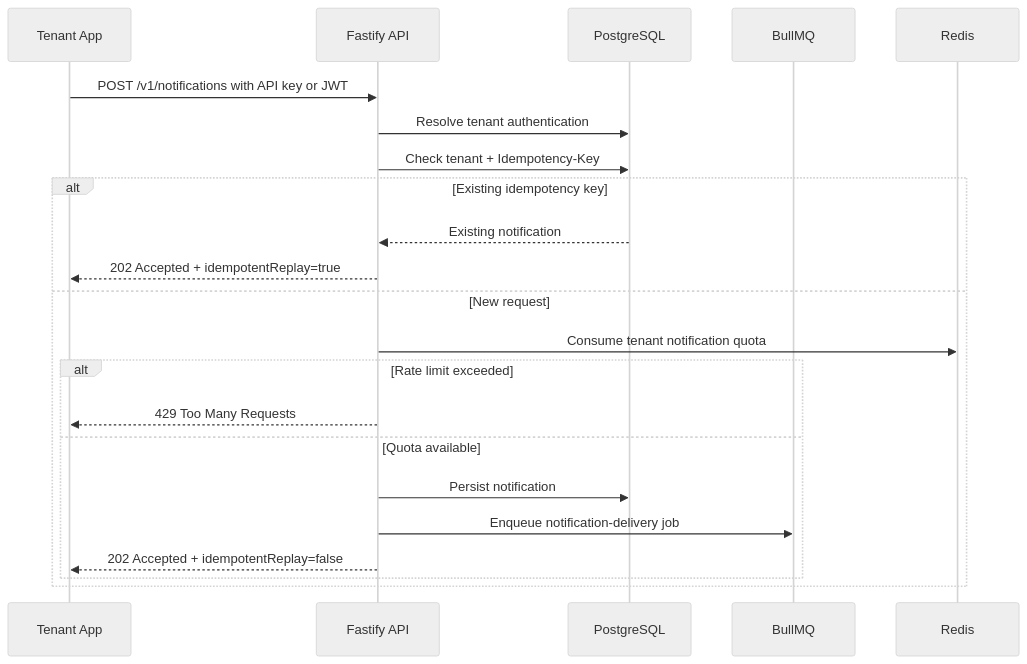
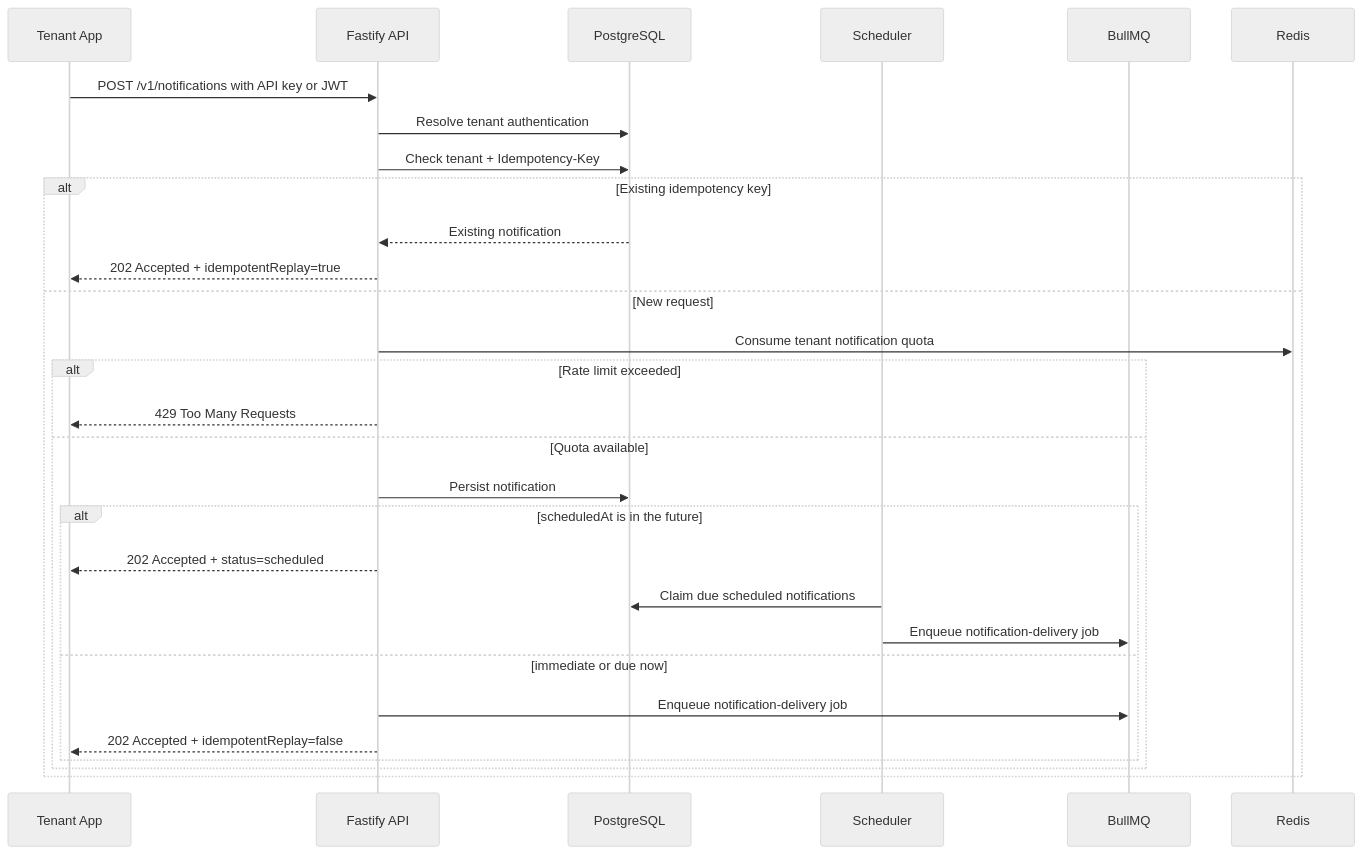
Before and after one commit to vishweswaran-p/notifyhub: the third of 5 diagrams in docs/architecture.md, drawn with Mermaid (neutral theme). The commit also changed other lines of this file and 9 other files, not shown here.

````diff
--- a/docs/architecture.md
+++ b/docs/architecture.md
@@ -130,24 +145,31 @@
 ```mermaid
 sequenceDiagram
   participant Client as Tenant App
   participant API as Fastify API
   participant DB as PostgreSQL
+  participant Scheduler as Scheduler
   participant Queue as BullMQ
 
   Client->>API: POST /v1/notifications with API key or JWT
   API->>DB: Resolve tenant authentication
   API->>DB: Check tenant + Idempotency-Key
   alt Existing idempotency key
     DB-->>API: Existing notification
     API-->>Client: 202 Accepted + idempotentReplay=true
   else New request
     API->>Redis: Consume tenant notification quota
     alt Rate limit exceeded
       API-->>Client: 429 Too Many Requests
     else Quota available
     API->>DB: Persist notification
+    alt scheduledAt is in the future
+      API-->>Client: 202 Accepted + status=scheduled
+      Scheduler->>DB: Claim due scheduled notifications
+      Scheduler->>Queue: Enqueue notification-delivery job
+    else immediate or due now
     API->>Queue: Enqueue notification-delivery job
     API-->>Client: 202 Accepted + idempotentReplay=false
     end
+    end
   end
 ```
````
